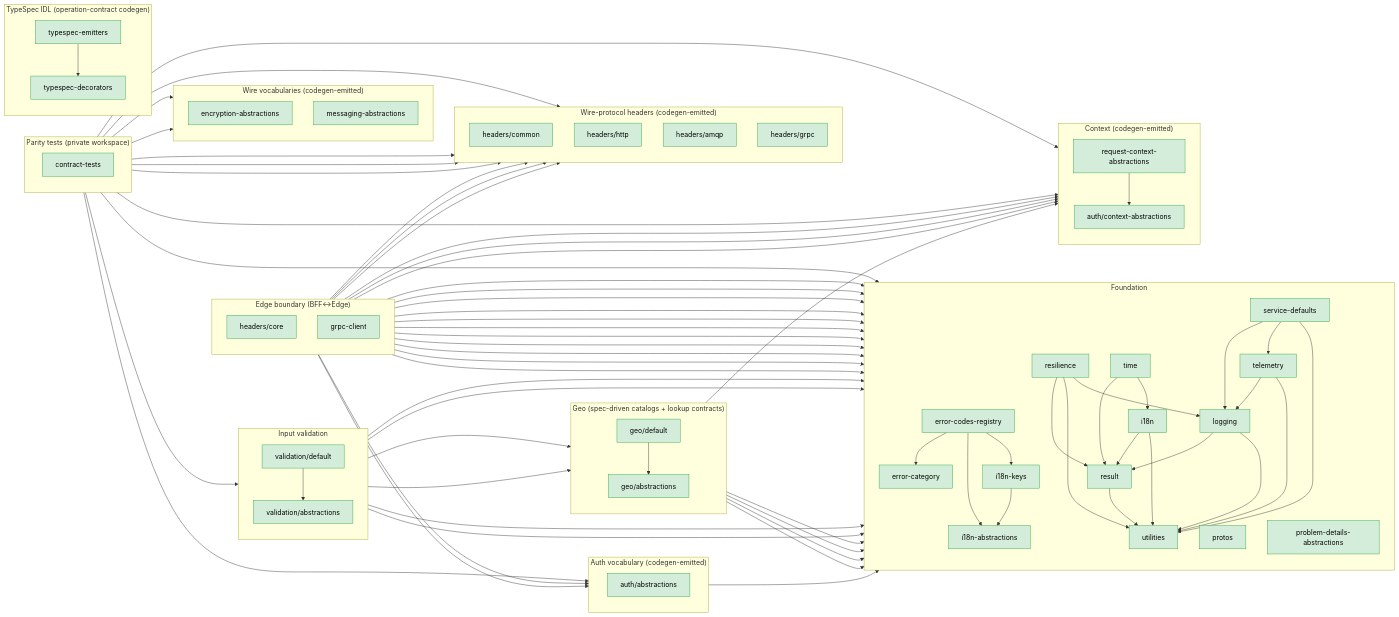
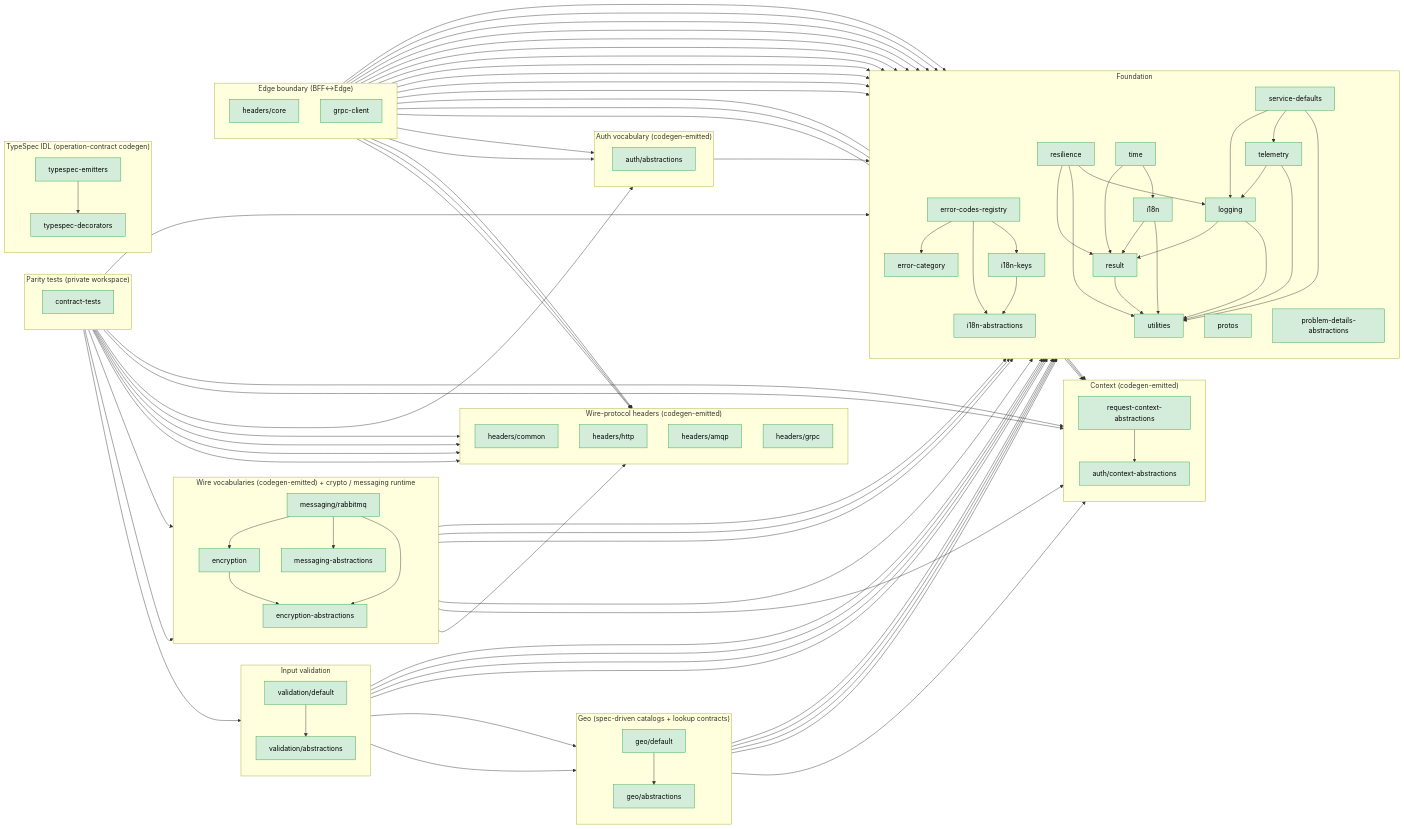
One commit to DSCV-io/D2-WORX changed the diagram in server/shared/typescript/README.md. Above: the diagram before and after it, drawn with Mermaid. The commit also changed other lines of this file and 236 other files, not shown here.

````diff
--- a/server/shared/typescript/README.md
+++ b/server/shared/typescript/README.md
@@ -110,10 +111,17 @@
         HeadersGrpc[headers/grpc]
     end
 
-    subgraph WIRE["Wire vocabularies (codegen-emitted)"]
+    subgraph WIRE["Wire vocabularies (codegen-emitted) + crypto / messaging runtime"]
         direction TB
         EncryptionAbs[encryption-abstractions]
         MessagingAbs[messaging-abstractions]
+        Encryption[encryption]
+        MessagingRabbitMq[messaging/rabbitmq]
+
+        Encryption --> EncryptionAbs
+        MessagingRabbitMq --> Encryption
+        MessagingRabbitMq --> EncryptionAbs
+        MessagingRabbitMq --> MessagingAbs
     end
 
     subgraph GEO["Geo (spec-driven catalogs + lookup contracts)"]
@@ -207,6 +215,13 @@
     ServiceDefaults --> Telemetry
     ServiceDefaults --> Utilities
 
+    MessagingRabbitMq --> Result
+    MessagingRabbitMq --> Logging
+    MessagingRabbitMq --> Telemetry
+    MessagingRabbitMq --> Utilities
+    MessagingRabbitMq --> ReqCtxAbs
+    MessagingRabbitMq --> HeadersAmqp
+
     subgraph TYPESPEC["TypeSpec IDL (operation-contract codegen)"]
         direction TB
         TypespecDecorators[typespec-decorators]
@@ -215,5 +230,5 @@
         TypespecEmitters --> TypespecDecorators
     end
 
-    class Result,Utilities,Resilience,I18n,Logging,Telemetry,ServiceDefaults,Protos,Time,ErrorCategory,I18nAbs,I18nKeys,ErrorCodesRegistry,ProblemDetailsAbs,AuthCtxAbs,ReqCtxAbs,AuthAbs,HeadersCommon,HeadersHttp,HeadersAmqp,HeadersGrpc,EncryptionAbs,MessagingAbs,Headers,GrpcClient,ContractTests,GeoAbs,GeoDefault,ValidationAbs,ValidationDefault,TypespecDecorators,TypespecEmitters built
+    class Result,Utilities,Resilience,I18n,Logging,Telemetry,ServiceDefaults,Protos,Time,ErrorCategory,I18nAbs,I18nKeys,ErrorCodesRegistry,ProblemDetailsAbs,AuthCtxAbs,ReqCtxAbs,AuthAbs,HeadersCommon,HeadersHttp,HeadersAmqp,HeadersGrpc,EncryptionAbs,MessagingAbs,Encryption,MessagingRabbitMq,Headers,GrpcClient,ContractTests,GeoAbs,GeoDefault,ValidationAbs,ValidationDefault,TypespecDecorators,TypespecEmitters built
 ```
````
